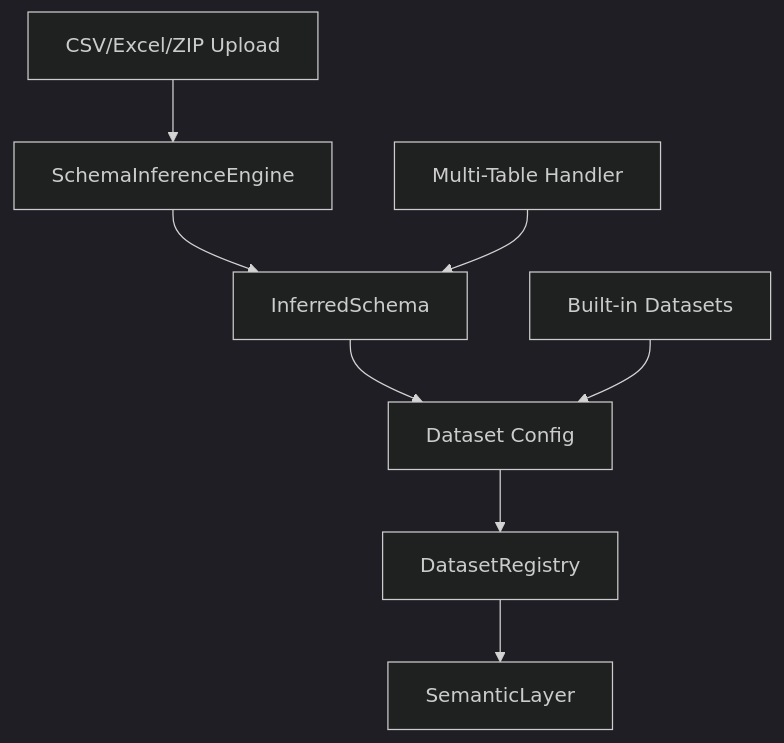
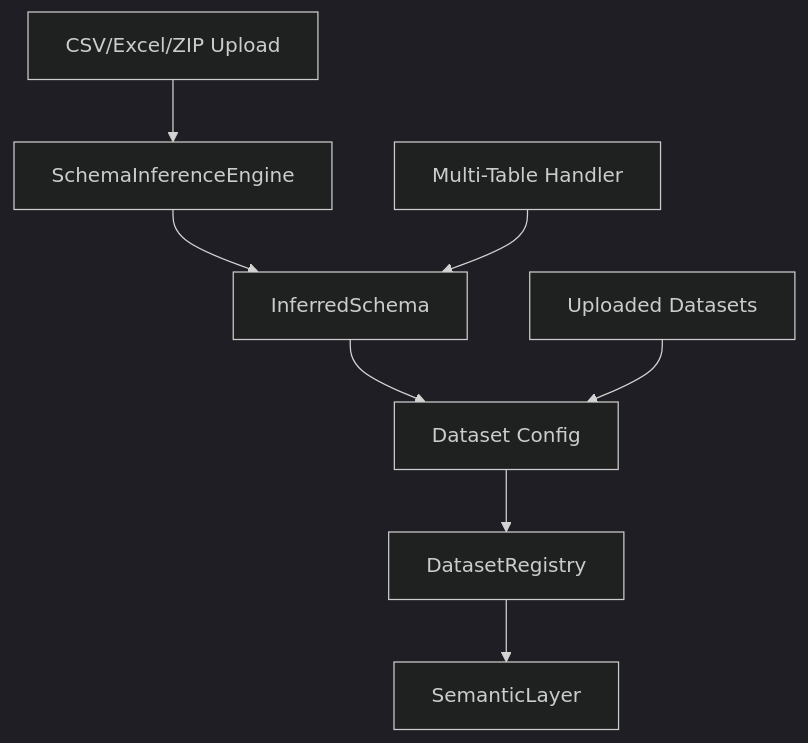
The diagram in docs/architecture/dataset-registry.md (jtouley/md_data_explorer), drawn with Mermaid (dark theme) before and after one commit. The commit also changed other lines of this file and 58 other files, not shown here.

````diff
--- a/docs/architecture/dataset-registry.md
+++ b/docs/architecture/dataset-registry.md
@@ -14,11 +14,11 @@
 ```mermaid
 graph TD
     A[CSV/Excel/ZIP Upload] --> B[SchemaInferenceEngine]
     B --> C[InferredSchema]
     C --> D[Dataset Config]
     D --> E[DatasetRegistry]
     E --> F[SemanticLayer]
 
-    G[Built-in Datasets] --> D
+    G[Uploaded Datasets] --> D
     H[Multi-Table Handler] --> C
 ```
````
